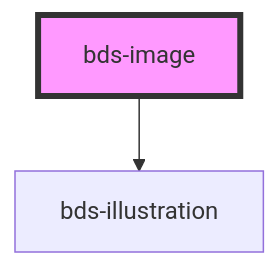
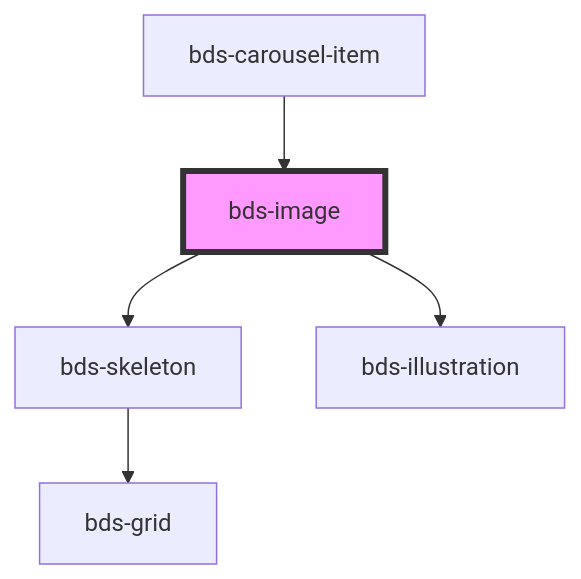
One commit to takenet/blip-ds changed the diagram in src/components/image/readme.md. Above: the diagram before and after it, drawn with Mermaid. The commit also changed other lines of this file and 83 other files, not shown here.

````diff
--- a/src/components/image/readme.md
+++ b/src/components/image/readme.md
@@ -40,5 +46,8 @@
 ```mermaid
 graph TD;
+  bds-image --> bds-skeleton
   bds-image --> bds-illustration
+  bds-skeleton --> bds-grid
+  bds-carousel-item --> bds-image
   style bds-image fill:#f9f,stroke:#333,stroke-width:4px
 ```
````
